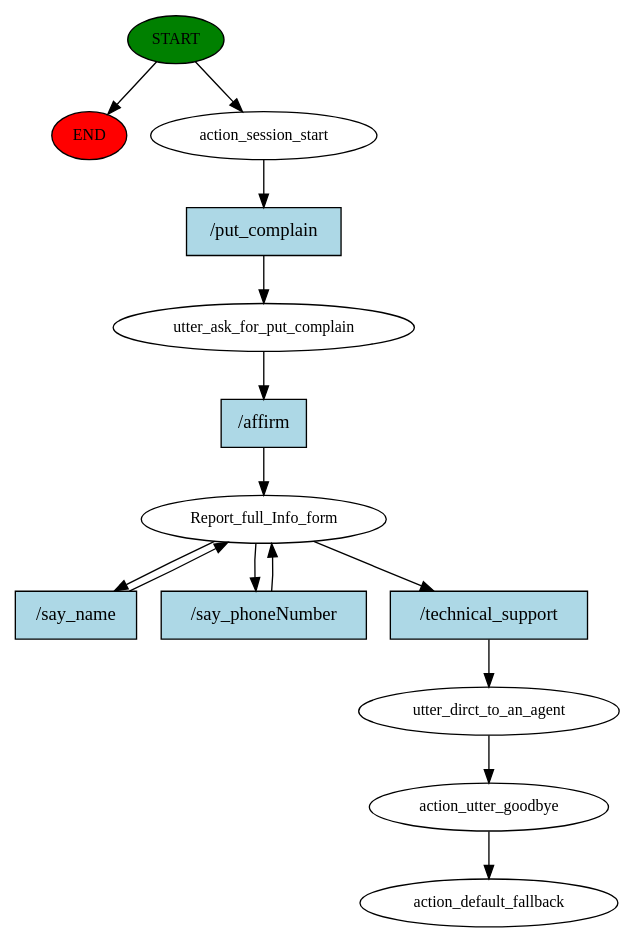
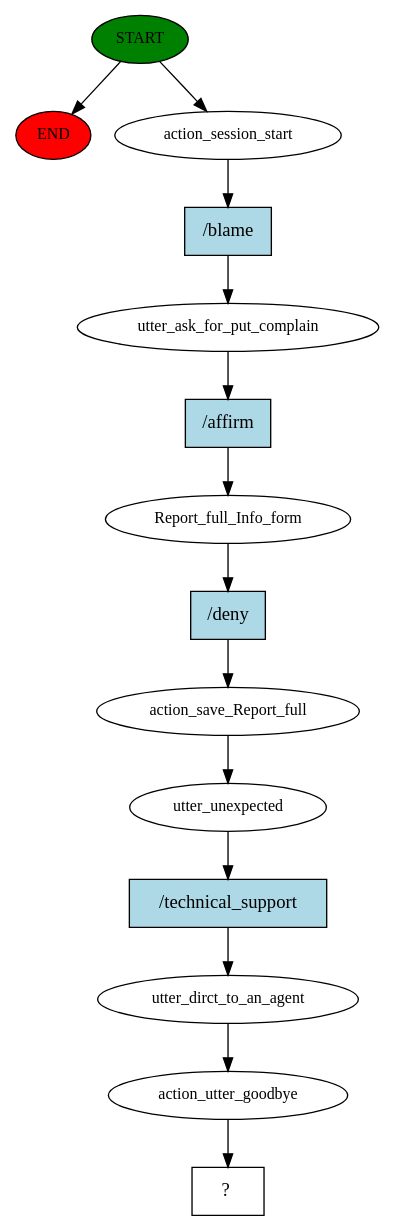
One commit to SewminaFernando/AggroDetect changed the diagram in rasaproject8/story_graph.dot. Above: the diagram before and after it, drawn with Graphviz. The commit also changed 204 other files, not shown here.

Commit message:
add a blame intent

```diff
--- a/rasaproject8/story_graph.dot
+++ b/rasaproject8/story_graph.dot
@@ -1,29 +1,29 @@
 digraph  {
 0 [class="start active", fillcolor=green, fontsize=12, label=START, style=filled];
 "-1" [class=end, fillcolor=red, fontsize=12, label=END, style=filled];
 1 [class=active, fontsize=12, label=action_session_start];
 2 [class=active, fontsize=12, label=utter_ask_for_put_complain];
 3 [class=active, fontsize=12, label=Report_full_Info_form];
-10 [class=active, fontsize=12, label=utter_dirct_to_an_agent];
-11 [class=active, fontsize=12, label=action_utter_goodbye];
-12 [class="dashed active", fontsize=12, label=action_default_fallback];
-13 [class="intent active", fillcolor=lightblue, label="/put_complain", shape=rect, style=filled];
-14 [class="intent active", fillcolor=lightblue, label="/affirm", shape=rect, style=filled];
-15 [class="intent active", fillcolor=lightblue, label="/say_name", shape=rect, style=filled];
-16 [class="intent active", fillcolor=lightblue, label="/say_phoneNumber", shape=rect, style=filled];
-17 [class="intent active", fillcolor=lightblue, label="/technical_support", shape=rect, style=filled];
+4 [class=active, fontsize=12, label=action_save_Report_full];
+5 [class=active, fontsize=12, label=utter_unexpected];
+6 [class=active, fontsize=12, label=utter_dirct_to_an_agent];
+7 [class=active, fontsize=12, label=action_utter_goodbye];
+8 [class="intent dashed active", label="  ?  ", shape=rect];
+9 [class="intent active", fillcolor=lightblue, label="/blame", shape=rect, style=filled];
+10 [class="intent active", fillcolor=lightblue, label="/affirm", shape=rect, style=filled];
+11 [class="intent active", fillcolor=lightblue, label="/deny", shape=rect, style=filled];
+12 [class="intent active", fillcolor=lightblue, label="/technical_support", shape=rect, style=filled];
 0 -> "-1"  [class="", key=NONE, label=""];
 0 -> 1  [class=active, key=NONE, label=""];
-1 -> 13  [class=active, key=0];
-2 -> 14  [class=active, key=0];
-3 -> 15  [class=active, key=0];
-3 -> 16  [class=active, key=0];
-3 -> 17  [class=active, key=0];
-10 -> 11  [class=active, key=NONE, label=""];
-11 -> 12  [class=active, key=NONE, label=""];
-13 -> 2  [class=active, key=0];
-14 -> 3  [class=active, key=0];
-15 -> 3  [class=active, key=0];
-16 -> 3  [class=active, key=0];
-17 -> 10  [class=active, key=0];
+1 -> 9  [class=active, key=0];
+2 -> 10  [class=active, key=0];
+3 -> 11  [class=active, key=0];
+4 -> 5  [class=active, key=NONE, label=""];
+5 -> 12  [class=active, key=0];
+6 -> 7  [class=active, key=NONE, label=""];
+7 -> 8  [class=active, key=NONE, label=""];
+9 -> 2  [class=active, key=0];
+10 -> 3  [class=active, key=0];
+11 -> 4  [class=active, key=0];
+12 -> 6  [class=active, key=0];
 }
```
